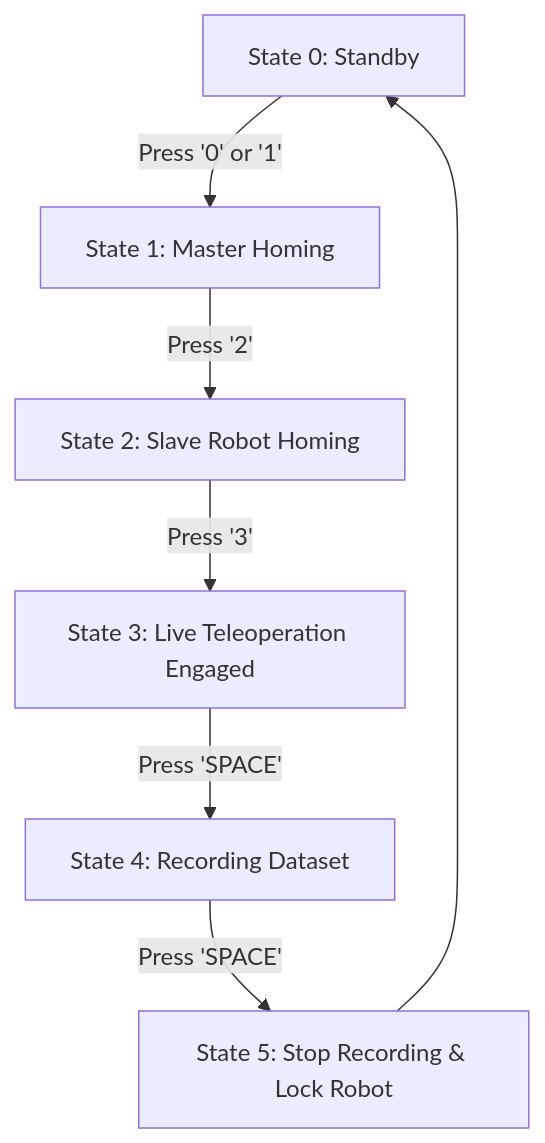
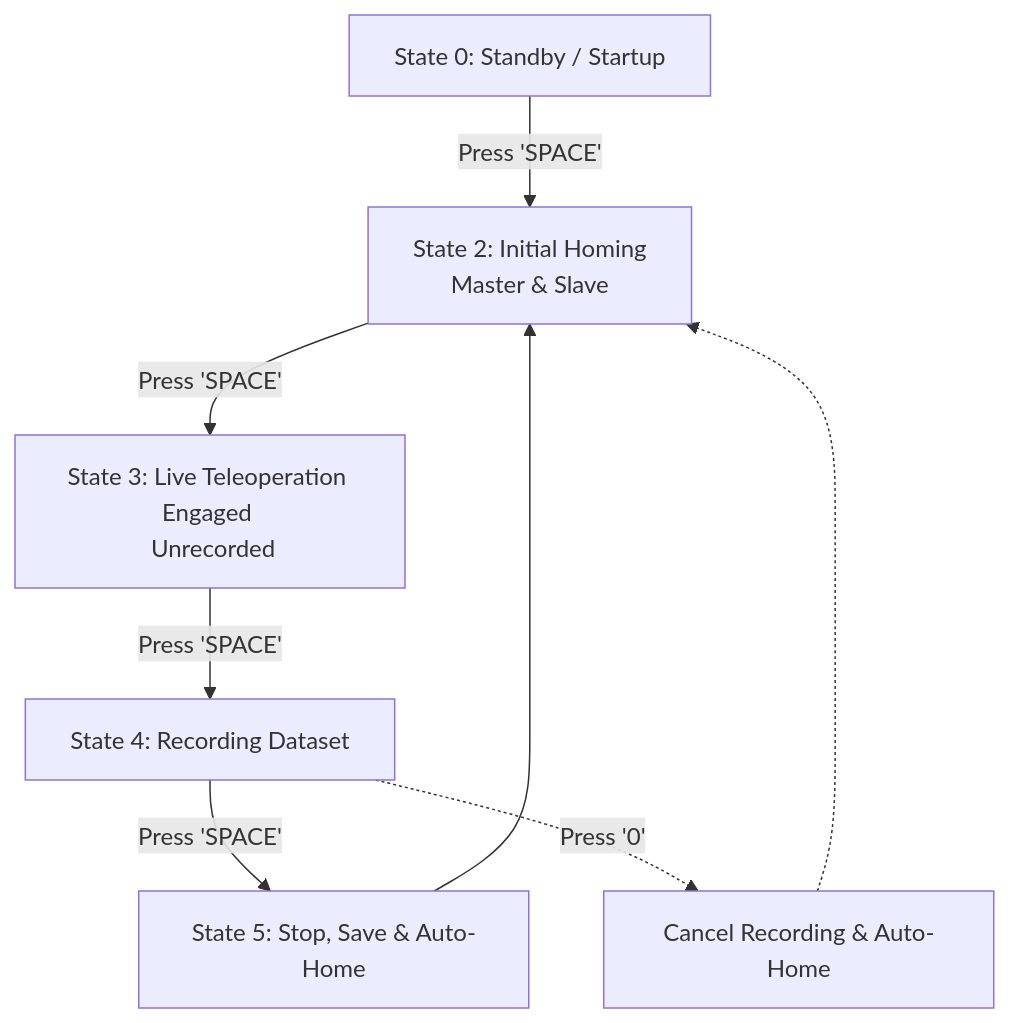
One commit to ari-hartawan/harvest-teleop changed the diagram in README.md. Above: the diagram before and after it, drawn with Mermaid. The commit also changed other lines of this file, not shown here.

````diff
--- a/README.md
+++ b/README.md
@@ -115,9 +115,10 @@
 ```mermaid
 graph TD
-    State0[State 0: Standby] -->|Press '0' or '1'| State1[State 1: Master Homing]
-    State1 -->|Press '2'| State2[State 2: Slave Robot Homing]
-    State2 -->|Press '3'| State3[State 3: Live Teleoperation Engaged]
+    State0[State 0: Standby / Startup] -->|Press 'SPACE'| State2[State 2: Initial Homing <br> Master & Slave]
+    State2 -->|Press 'SPACE'| State3[State 3: Live Teleoperation Engaged <br> Unrecorded]
     State3 -->|Press 'SPACE'| State4[State 4: Recording Dataset]
-    State4 -->|Press 'SPACE'| State5[State 5: Stop Recording & Lock Robot]
-    State5 --> State0
+    State4 -->|Press 'SPACE'| State5[State 5: Stop, Save & Auto-Home]
+    State4 -.->|Press '0'| Cancel[Cancel Recording & Auto-Home]
+    State5 --> State2
+    Cancel -.-> State2
 ```
````
